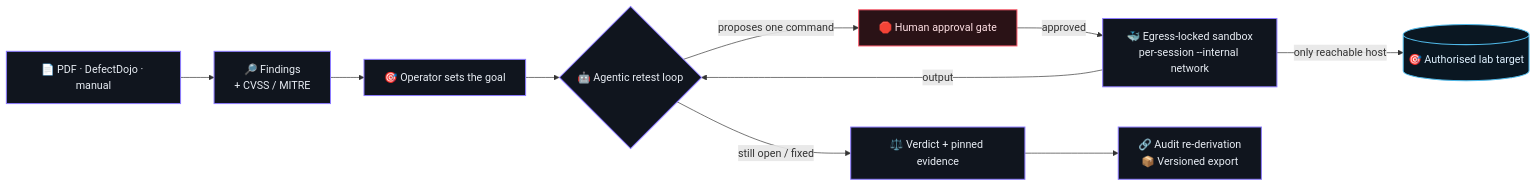
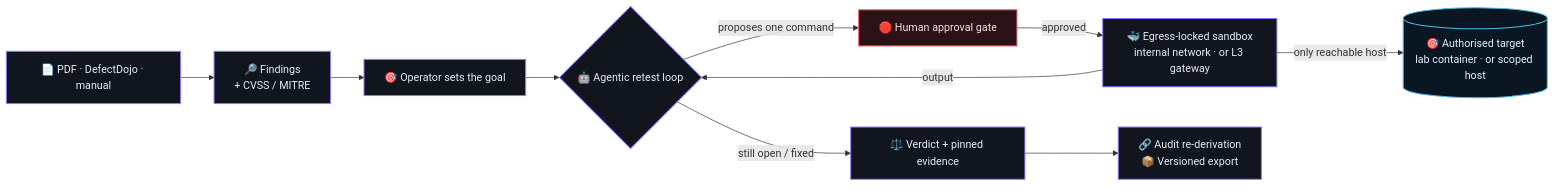
Before and after one commit to SelfishCoconut/revalid: the diagram in README.md, drawn with Mermaid. The commit also changed other lines of this file and 13 other files, not shown here.

````diff
--- a/README.md
+++ b/README.md
@@ -102,19 +102,19 @@
 ```mermaid
 flowchart LR
     A["📄 PDF · DefectDojo · manual"] --> B["🔎 Findings<br/>+ CVSS / MITRE"]
     B --> C["🎯 Operator sets the goal"]
     C --> D{"🤖 Agentic retest loop"}
     D -->|"proposes one command"| G["🛑 Human approval gate"]
-    G -->|"approved"| S["🐳 Egress-locked sandbox<br/>per-session --internal network"]
-    S -->|"only reachable host"| L[("🎯 Authorised lab target")]
+    G -->|"approved"| S["🐳 Egress-locked sandbox<br/>internal network · or L3 gateway"]
+    S -->|"only reachable host"| L[("🎯 Authorised target<br/>lab container · or scoped host")]
     S -->|"output"| D
     D -->|"still open / fixed"| V["⚖️ Verdict + pinned evidence"]
     V --> X["🔗 Audit re-derivation<br/>📦 Versioned export"]
 
     classDef step fill:#10151e,stroke:#8c7bff,stroke-width:1.5px,color:#e8edf4;
     classDef gate fill:#2a1216,stroke:#ff5d6e,stroke-width:1.5px,color:#ffe0e4;
     classDef data fill:#0a1722,stroke:#4fb8e8,stroke-width:1.5px,color:#dff1ff;
     class A,B,C,D,S,V,X step;
     class G gate;
     class L data;
 ```
````
